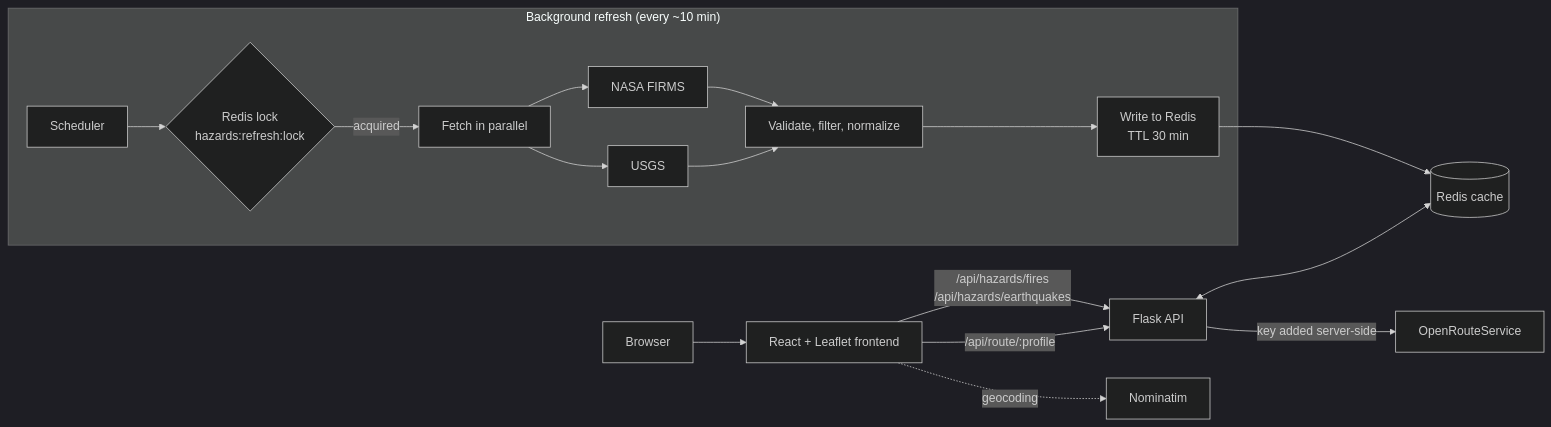
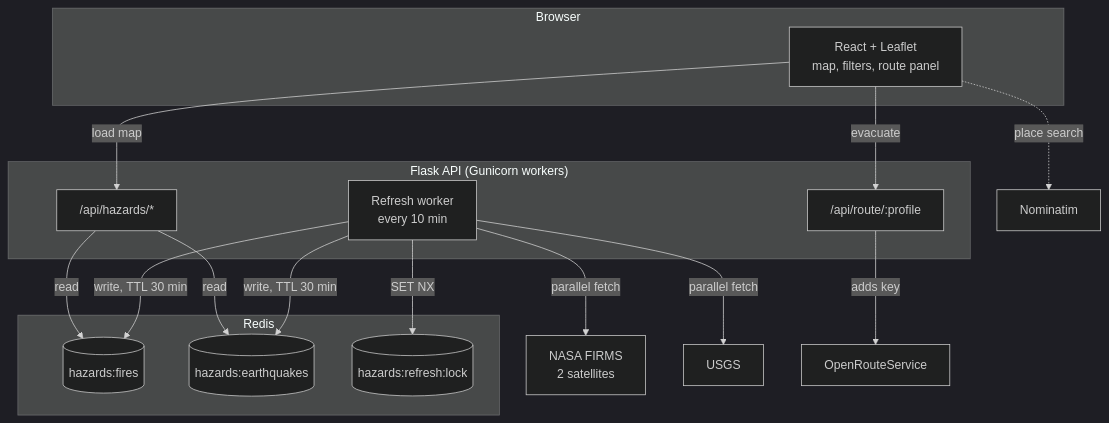
One commit to Jap-Sidhu/safe-route changed the diagram in README.md. Above: the diagram before and after it, drawn with Mermaid (dark theme). The commit also changed other lines of this file and 3 other files, not shown here.

````diff
--- a/README.md
+++ b/README.md
@@ -22,19 +33,27 @@
 ```mermaid
-flowchart LR
-    U[Browser] --> FE[React + Leaflet frontend]
-    FE -- "/api/hazards/fires<br>/api/hazards/earthquakes" --> API[Flask API]
-    FE -- "/api/route/:profile" --> API
-    FE -. geocoding .-> OSM[Nominatim]
-    API <--> R[(Redis cache)]
-    API -- key added server-side --> ORS[OpenRouteService]
+flowchart TB
+    subgraph Client["Browser"]
+        UI["React + Leaflet<br/>map, filters, route panel"]
+    end
 
-    subgraph Refresh["Background refresh (every ~10 min)"]
-        S[Scheduler] --> L{Redis lock<br>hazards:refresh:lock}
-        L -- acquired --> P[Fetch in parallel]
-        P --> N[NASA FIRMS]
-        P --> G[USGS]
-        N & G --> X[Validate, filter, normalize]
-        X --> W[Write to Redis<br>TTL 30 min]
+    subgraph Server["Flask API (Gunicorn workers)"]
+        H["/api/hazards/*"]
+        RT["/api/route/:profile"]
+        W["Refresh worker<br/>every 10 min"]
     end
-    W --> R
+
+    subgraph Store["Redis"]
+        F[("hazards:fires")]
+        Q[("hazards:earthquakes")]
+        LK[("hazards:refresh:lock")]
+    end
+
+    UI -->|"load map"| H
+    UI -->|"evacuate"| RT
+    UI -.->|"place search"| NOM["Nominatim"]
+    H -->|"read"| F & Q
+    W -->|"SET NX"| LK
+    W -->|"parallel fetch"| FIRMS["NASA FIRMS<br/>2 satellites"] & USGS["USGS"]
+    W -->|"write, TTL 30 min"| F & Q
+    RT -->|"adds key"| ORS["OpenRouteService"]
 ```
````
